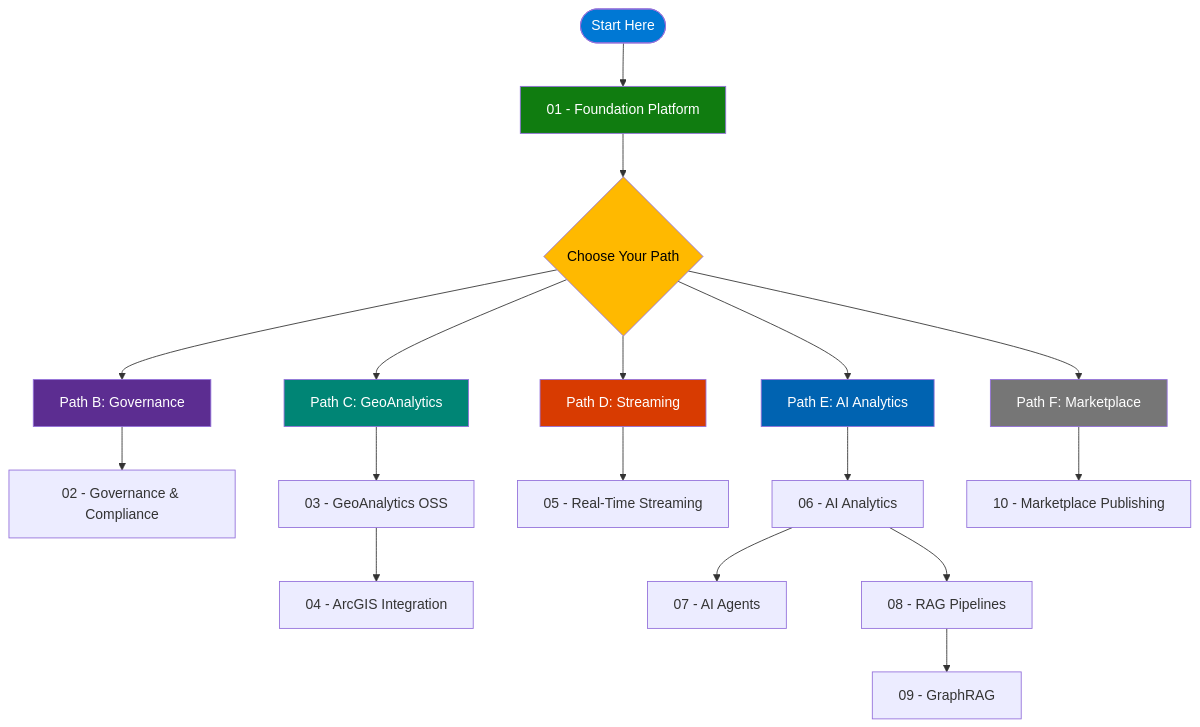
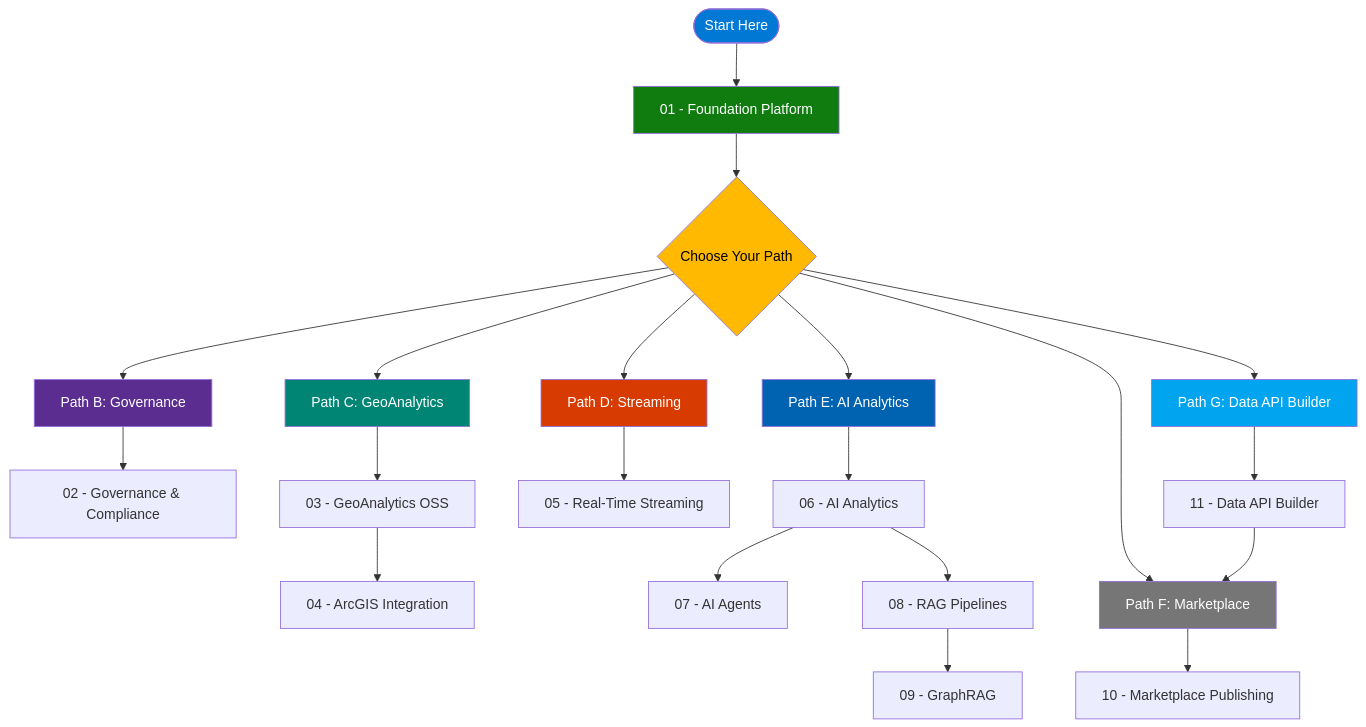
The diagram in docs/tutorials/README.md (fgarofalo56/csa-inabox), drawn with Mermaid before and after one commit. The commit also changed other lines of this file and 49 other files, not shown here.

````diff
--- a/docs/tutorials/README.md
+++ b/docs/tutorials/README.md
@@ -7,34 +7,39 @@
 ```mermaid
 graph TD
     START([Start Here]) --> T01[01 - Foundation Platform]
     T01 --> BRANCH{Choose Your Path}
 
     BRANCH --> GOV[Path B: Governance]
     BRANCH --> GEO[Path C: GeoAnalytics]
     BRANCH --> STREAM[Path D: Streaming]
     BRANCH --> AI[Path E: AI Analytics]
     BRANCH --> MKT[Path F: Marketplace]
 
     GOV --> T02[02 - Governance & Compliance]
 
     GEO --> T03[03 - GeoAnalytics OSS]
     T03 --> T04[04 - ArcGIS Integration]
 
     STREAM --> T05[05 - Real-Time Streaming]
 
     AI --> T06[06 - AI Analytics]
     T06 --> T07[07 - AI Agents]
     T06 --> T08[08 - RAG Pipelines]
     T08 --> T09[09 - GraphRAG]
 
     MKT --> T10[10 - Marketplace Publishing]
 
+    BRANCH --> DAB[Path G: Data API Builder]
+    DAB --> T11[11 - Data API Builder]
+    T11 --> MKT
+
     style START fill:#0078d4,color:#fff
+    style DAB fill:#00a4ef,color:#fff
     style T01 fill:#107c10,color:#fff
     style BRANCH fill:#ffb900,color:#000
     style GOV fill:#5c2d91,color:#fff
     style GEO fill:#008575,color:#fff
     style STREAM fill:#d83b01,color:#fff
     style AI fill:#0063b1,color:#fff
     style MKT fill:#767676,color:#fff
 ```
````
